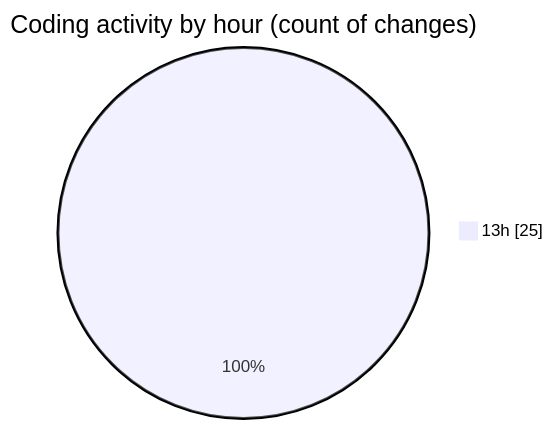
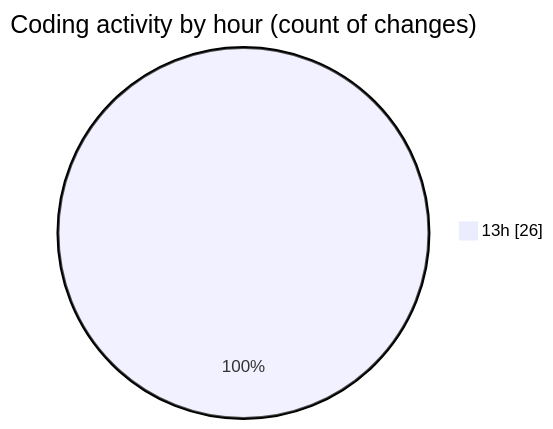
The second of 2 diagrams in 2025-06-29/whiteboard/README.md (Ritupan-Deka/code-tracking), drawn with Mermaid before and after one commit. The commit also changed other lines of this file and 1 other file, not shown here.

````diff
--- a/2025-06-29/whiteboard/README.md
+++ b/2025-06-29/whiteboard/README.md
@@ -31,5 +31,5 @@
 ```mermaid
 pie showData
 title Coding activity by hour (count of changes)
-"13h" : 25
+"13h" : 26
 ```
````
